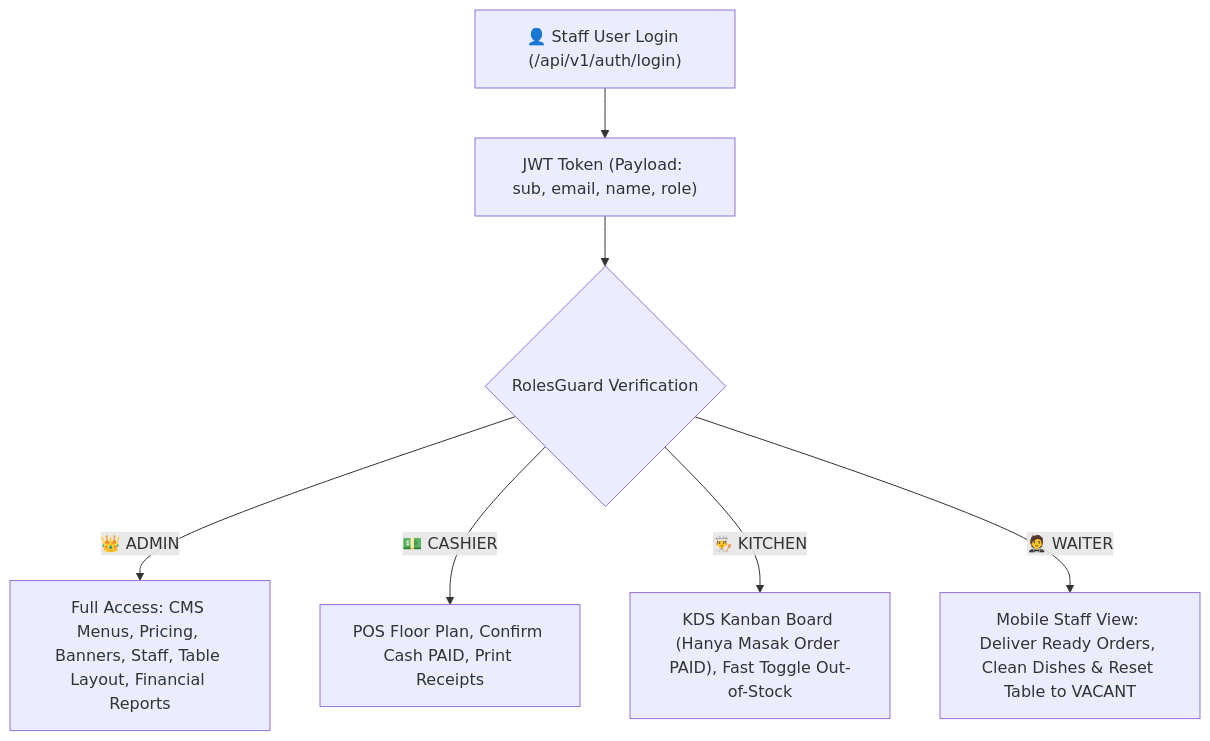
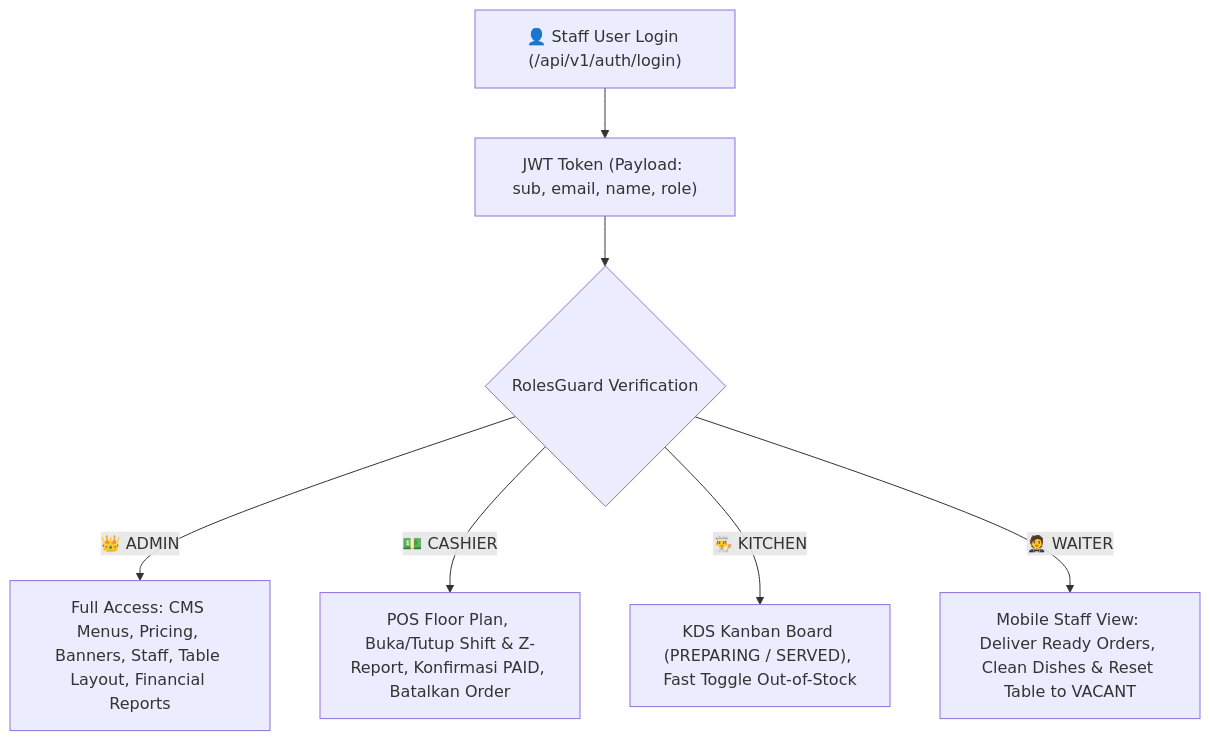
One commit to dwigunardi/be-menu-scan-latihan changed the first of 5 diagrams in docs/integration/frontend-integration-guide.md. Above: the diagram before and after it, drawn with Mermaid. The commit also changed other lines of this file and 4 other files, not shown here.

````diff
--- a/docs/integration/frontend-integration-guide.md
+++ b/docs/integration/frontend-integration-guide.md
@@ -71,10 +71,10 @@
 ```mermaid
 graph TD
     User["👤 Staff User Login (/api/v1/auth/login)"] --> Token["JWT Token (Payload: sub, email, name, role)"]
     Token --> RolesGuard{"RolesGuard Verification"}
 
     RolesGuard -->|👑 ADMIN| AccessAdmin["Full Access: CMS Menus, Pricing, Banners, Staff, Table Layout, Financial Reports"]
-    RolesGuard -->|💵 CASHIER| AccessCashier["POS Floor Plan, Confirm Cash PAID, Print Receipts"]
-    RolesGuard -->|👨‍🍳 KITCHEN| AccessKitchen["KDS Kanban Board (Hanya Masak Order PAID), Fast Toggle Out-of-Stock"]
+    RolesGuard -->|💵 CASHIER| AccessCashier["POS Floor Plan, Buka/Tutup Shift & Z-Report, Konfirmasi PAID, Batalkan Order"]
+    RolesGuard -->|👨‍🍳 KITCHEN| AccessKitchen["KDS Kanban Board (PREPARING / SERVED), Fast Toggle Out-of-Stock"]
     RolesGuard -->|🤵 WAITER| AccessWaiter["Mobile Staff View: Deliver Ready Orders, Clean Dishes & Reset Table to VACANT"]
 ```
````
